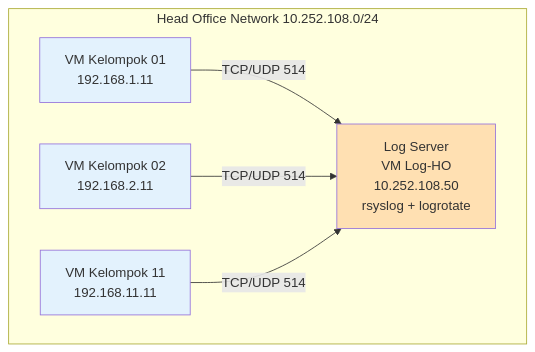
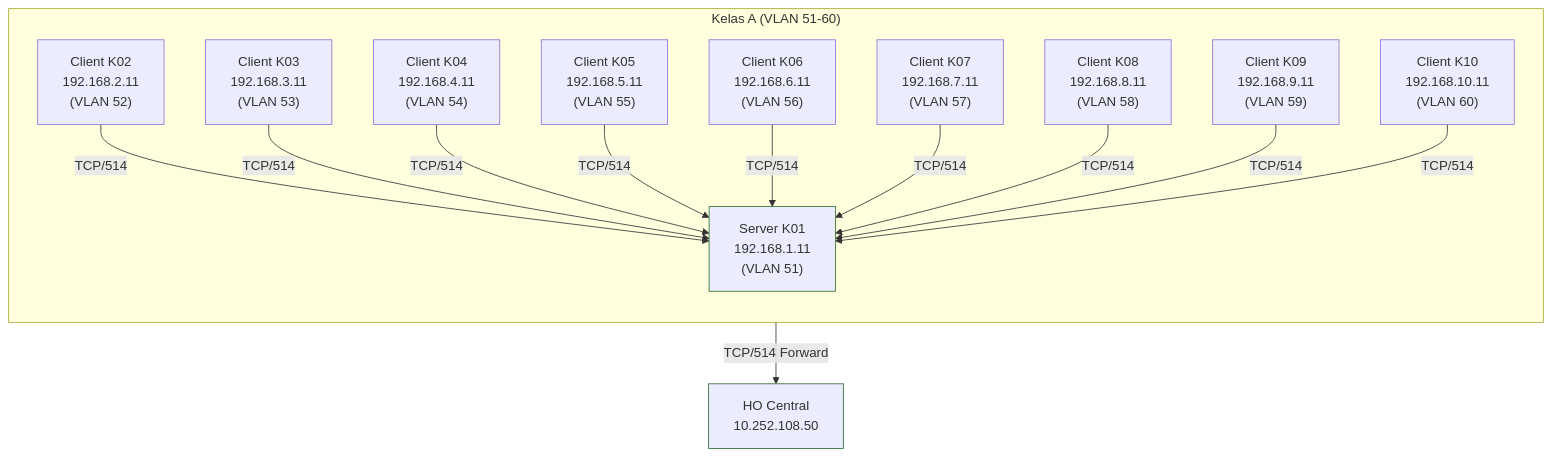
One commit to ferryas-pens/workshop-admin-jar-2026 changed the diagram in MINGGU_7_CENTRALIZED_LOGGING.md. Above: the diagram before and after it, drawn with Mermaid. The commit also changed other lines of this file, not shown here.

````diff
--- a/MINGGU_7_CENTRALIZED_LOGGING.md
+++ b/MINGGU_7_CENTRALIZED_LOGGING.md
@@ -33,18 +18,23 @@
-```mermaid
-graph TB
-    subgraph HO [Head Office Network 10.252.108.0/24]
-        LS[Log Server<br/>VM Log-HO<br/>10.252.108.50<br/>rsyslog + logrotate]
-        C1[VM Kelompok 01<br/>192.168.1.11]
-        C2[VM Kelompok 02<br/>192.168.2.11]
-        C3[VM Kelompok 11<br/>192.168.11.11]
-    end
+```mermaid 
+flowchart TB
+  subgraph KA["Kelas A (VLAN 51-60)"]
+    direction TB
 
-    C1 -->|TCP/UDP 514| LS
-    C2 -->|TCP/UDP 514| LS
-    C3 -->|TCP/UDP 514| LS
+    K01["Server K01<br/>192.168.1.11<br/>(VLAN 51)"]
 
-    style LS fill:#ffe0b2
-    style C1 fill:#e3f2fd
-    style C2 fill:#e3f2fd
-    style C3 fill:#e3f2fd
+    K02["Client K02<br/>192.168.2.11<br/>(VLAN 52)"] -->|"TCP/514"| K01
+    K03["Client K03<br/>192.168.3.11<br/>(VLAN 53)"] -->|"TCP/514"| K01
+    K04["Client K04<br/>192.168.4.11<br/>(VLAN 54)"] -->|"TCP/514"| K01
+    K05["Client K05<br/>192.168.5.11<br/>(VLAN 55)"] -->|"TCP/514"| K01
+    K06["Client K06<br/>192.168.6.11<br/>(VLAN 56)"] -->|"TCP/514"| K01
+    K07["Client K07<br/>192.168.7.11<br/>(VLAN 57)"] -->|"TCP/514"| K01
+    K08["Client K08<br/>192.168.8.11<br/>(VLAN 58)"] -->|"TCP/514"| K01
+    K09["Client K09<br/>192.168.9.11<br/>(VLAN 59)"] -->|"TCP/514"| K01
+    K10["Client K10<br/>192.168.10.11<br/>(VLAN 60)"] -->|"TCP/514"| K01
+  end
+
+  K01 -->|"TCP/514 Forward"| HO["HO Central<br/>10.252.108.50"]
+
+  classDef server fill:#90EAA,stroke:#2f6f2f,stroke-width:1px;
+  class K01,HO server;
 ```
````
